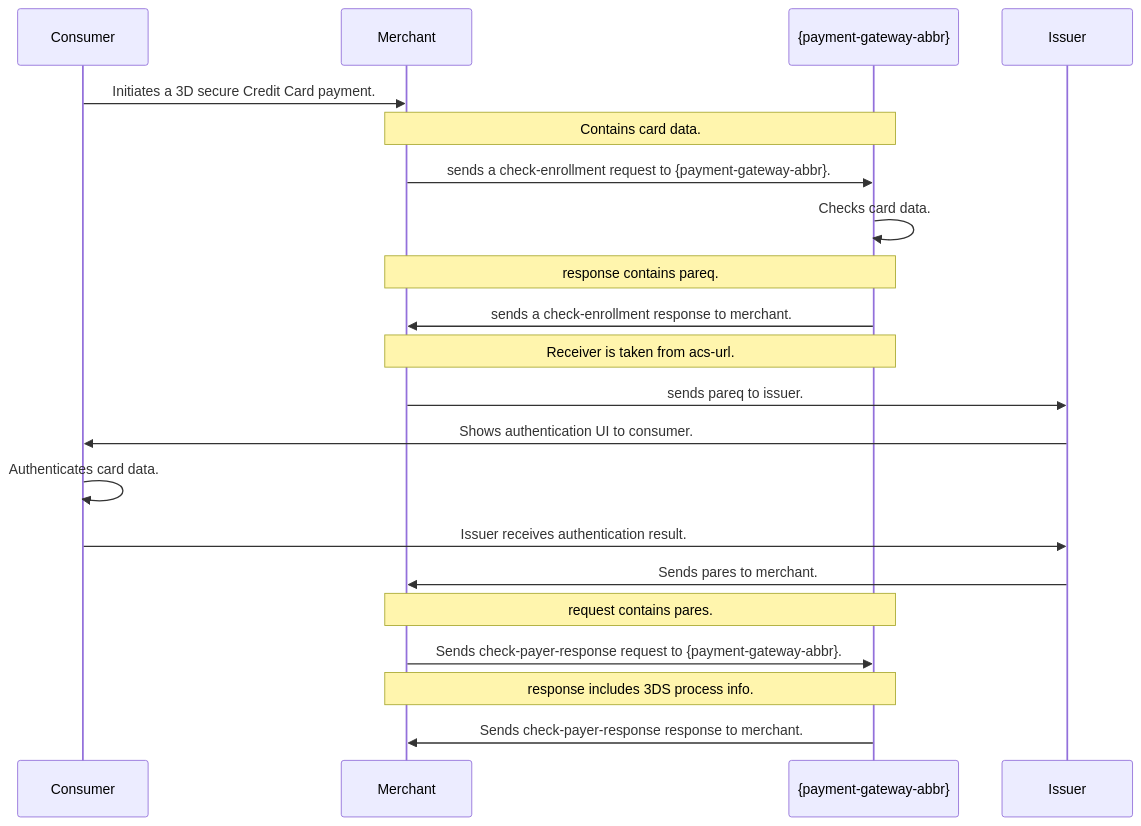
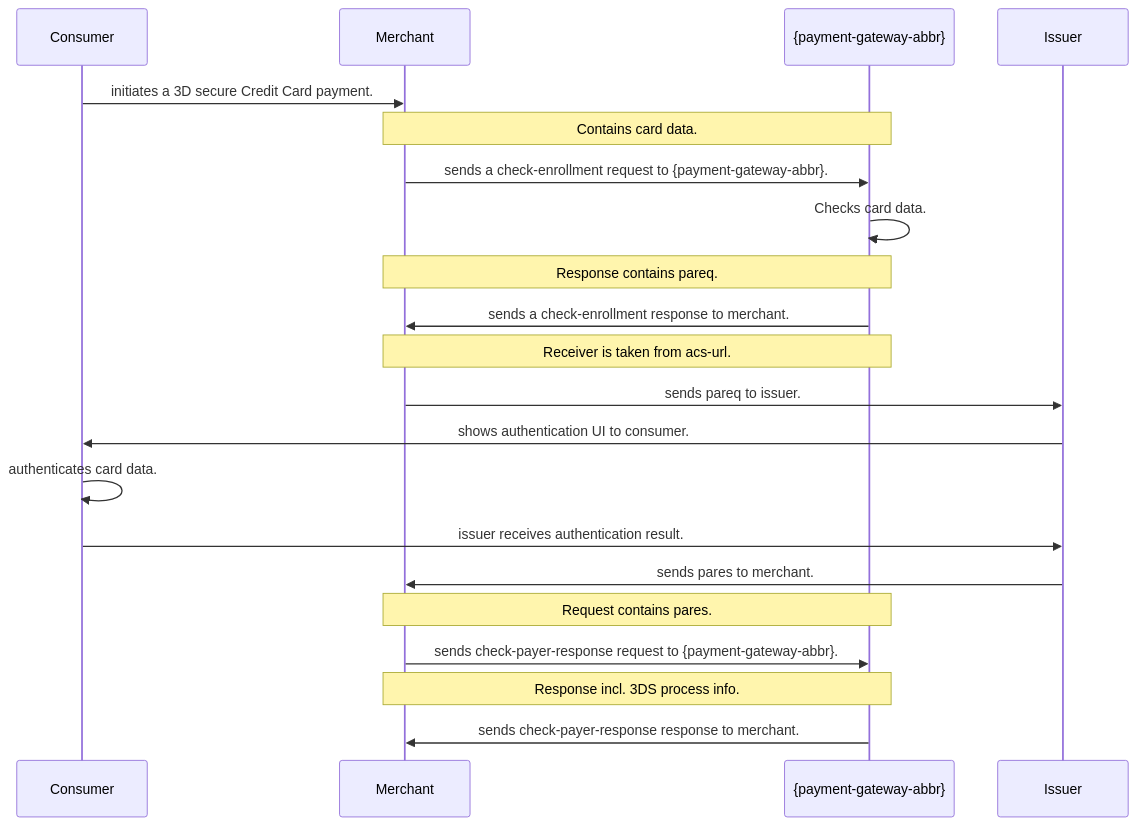
The diagram in 11-01-08-testcards.adoc (wirecard/merchant-documentation-gateway), drawn with Mermaid before and after one commit.

Commit message:
Minor adjustments

```diff
--- a/11-01-08-testcards.adoc
+++ b/11-01-08-testcards.adoc
@@ -242,24 +242,24 @@
 [mermaid, 3DS2_TestCards_Workflow,svg,subs=attributes+]
 ----
 sequenceDiagram
     participant Consumer
     participant Merchant
     participant {payment-gateway-abbr}
     participant Issuer
-Consumer->>Merchant: Initiates a 3D secure Credit Card payment.
+Consumer->>Merchant: initiates a 3D secure Credit Card payment.
 Note over Merchant,{payment-gateway-abbr}: Contains card data.
 Merchant->>{payment-gateway-abbr}: sends a check-enrollment request to {payment-gateway-abbr}.
 {payment-gateway-abbr}->>{payment-gateway-abbr}: Checks card data.
-Note over Merchant,{payment-gateway-abbr}: response contains pareq.
+Note over Merchant,{payment-gateway-abbr}: Response contains pareq.
 {payment-gateway-abbr}->>Merchant: sends a check-enrollment response to merchant.
 Note over Merchant,{payment-gateway-abbr}: Receiver is taken from acs-url.
 Merchant->>Issuer: sends pareq to issuer.
-Issuer->>Consumer: Shows authentication UI to consumer.
-Consumer->>Consumer: Authenticates card data.
-Consumer->>Issuer: Issuer receives authentication result.
-Issuer->>Merchant: Sends pares to merchant.
-Note over Merchant,{payment-gateway-abbr}: request contains pares.
-Merchant->>{payment-gateway-abbr}: Sends check-payer-response request to {payment-gateway-abbr}.
-Note over Merchant,{payment-gateway-abbr}: response includes 3DS process info.
-{payment-gateway-abbr}->>Merchant: Sends check-payer-response response to merchant.
+Issuer->>Consumer: shows authentication UI to consumer.
+Consumer->>Consumer: authenticates card data.
+Consumer->>Issuer: issuer receives authentication result.
+Issuer->>Merchant: sends pares to merchant.
+Note over Merchant,{payment-gateway-abbr}: Request contains pares.
+Merchant->>{payment-gateway-abbr}: sends check-payer-response request to {payment-gateway-abbr}.
+Note over Merchant,{payment-gateway-abbr}: Response incl. 3DS process info.
+{payment-gateway-abbr}->>Merchant: sends check-payer-response response to merchant.
 ----
```
